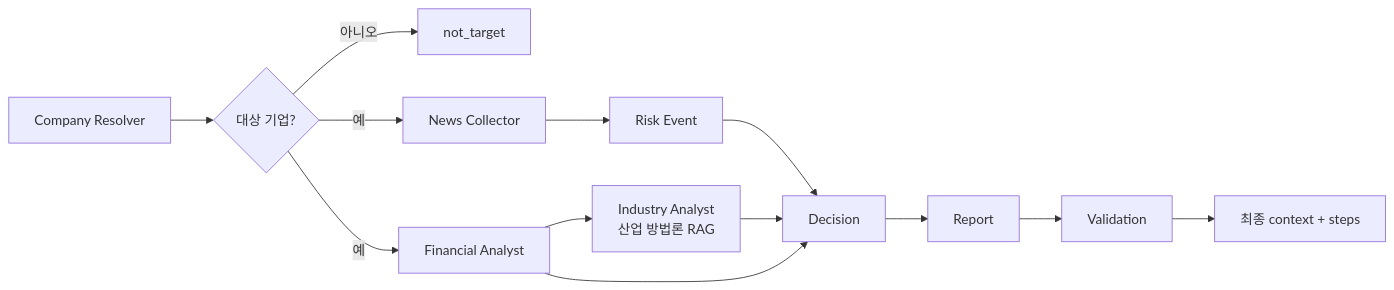
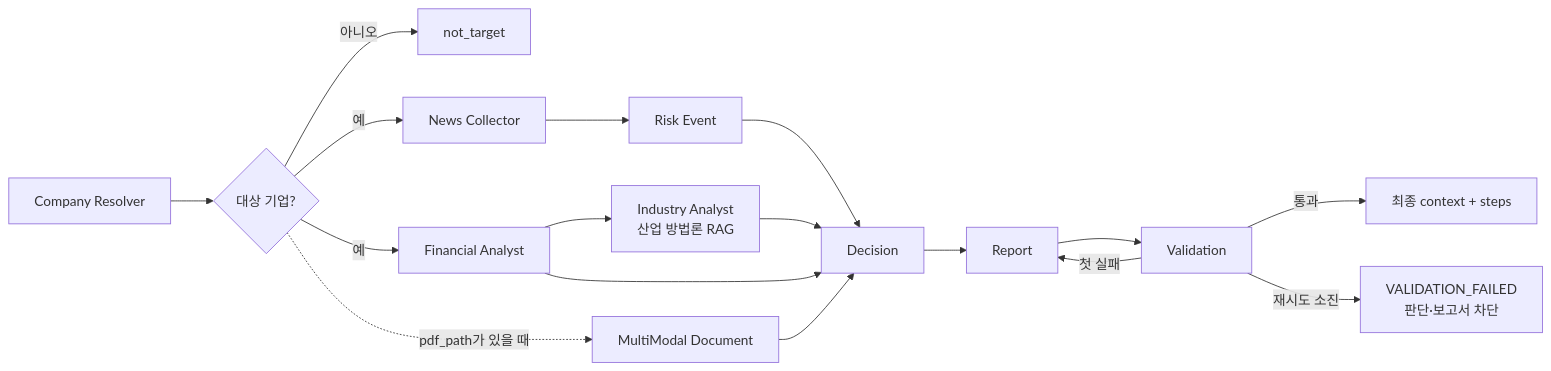
Before and after one commit to hypoxisaurea/FinAgent-SME: the second of 2 diagrams in README.md, drawn with Mermaid. The commit also changed other lines of this file and 5 other files, not shown here.

Commit message:
docs: 업데이트된 ERD 및 인터페이스 정의서에 복합 키 및 컨테이너 실행 계약 추가

````diff
--- a/README.md
+++ b/README.md
@@ -35,15 +35,19 @@
 ```mermaid
 flowchart LR
     A[Company Resolver] --> B{대상 기업?}
     B -->|아니오| X[not_target]
     B -->|예| N[News Collector]
     B -->|예| F[Financial Analyst]
+    B -.->|pdf_path가 있을 때| M[MultiModal Document]
     N --> K[Risk Event]
     F --> I[Industry Analyst\n산업 방법론 RAG]
     K --> D[Decision]
     I --> D
     F --> D
+    M --> D
     D --> R[Report]
     R --> V[Validation]
-    V --> Z[최종 context + steps]
+    V -->|통과| Z[최종 context + steps]
+    V -->|첫 실패| R
+    V -->|재시도 소진| Y[VALIDATION_FAILED\n판단·보고서 차단]
 ```
````
